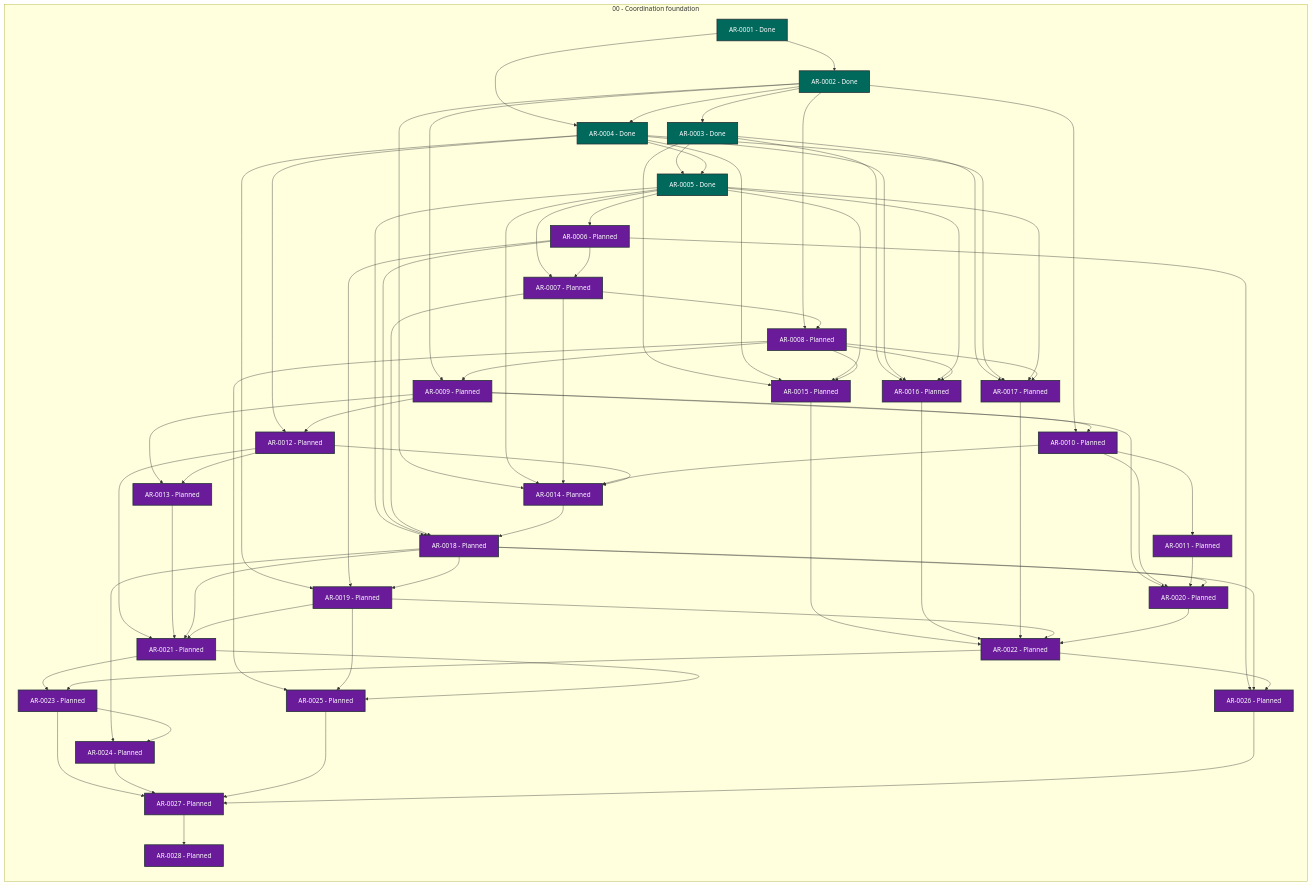
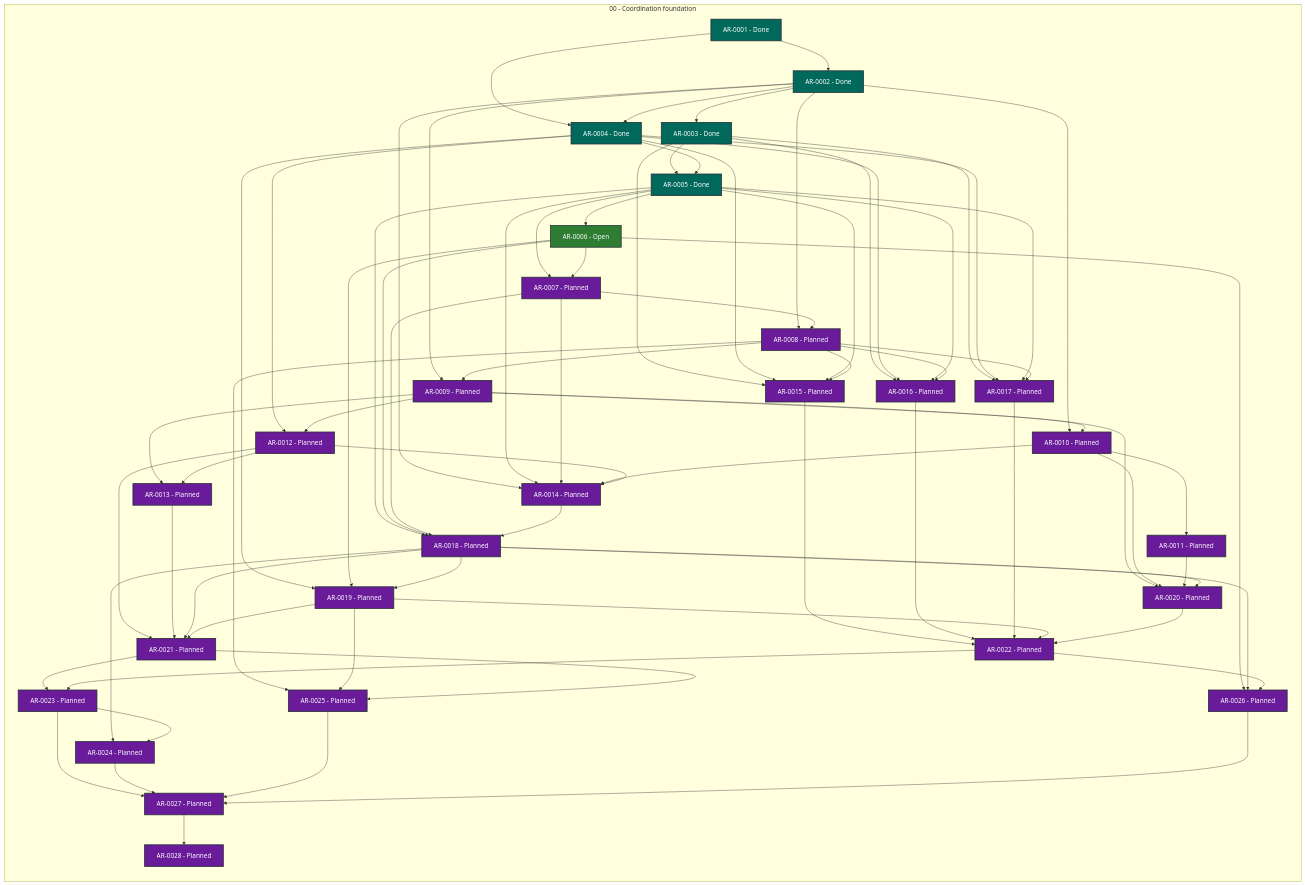
The diagram in STATUS.md (martin-beck/agent-workflow-runtime-state), drawn with Mermaid before and after one commit. The commit also changed other lines of this file and 2 other files, not shown here.

```diff
--- a/STATUS.md
+++ b/STATUS.md
@@ -33,7 +33,7 @@
         AR_0003["AR-0003 - Done"]:::status_done
         AR_0004["AR-0004 - Done"]:::status_done
         AR_0005["AR-0005 - Done"]:::status_done
-        AR_0006["AR-0006 - Planned"]:::status_planned
+        AR_0006["AR-0006 - Open"]:::status_open
         AR_0007["AR-0007 - Planned"]:::status_planned
         AR_0008["AR-0008 - Planned"]:::status_planned
         AR_0009["AR-0009 - Planned"]:::status_planned
```
